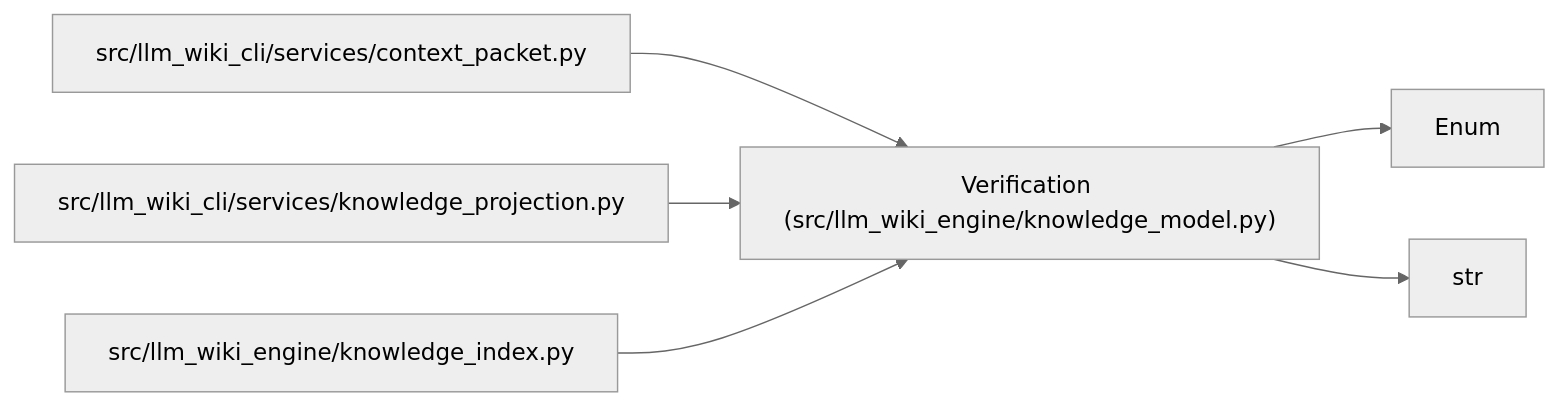
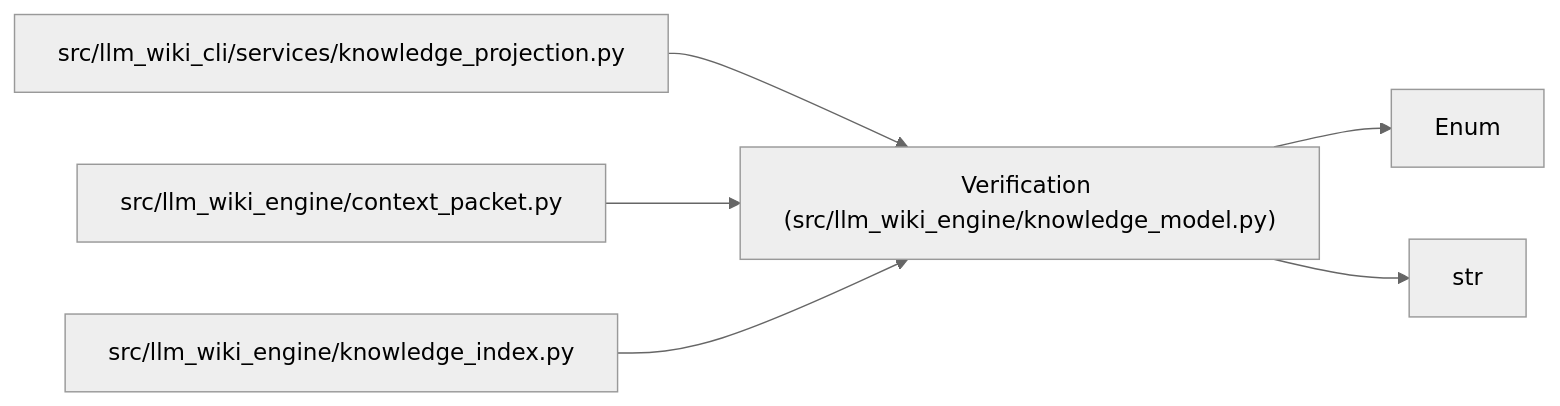
One commit to Denissvgn/python-wiki-llm changed the diagram in docs/llm_wiki/entities/Verification.md. Above: the diagram before and after it, drawn with Mermaid (neutral theme). The commit also changed 577 other files, not shown here.

Commit message:
docs: refresh the wiki for the engine context packet

````diff
--- a/docs/llm_wiki/entities/Verification.md
+++ b/docs/llm_wiki/entities/Verification.md
@@ -30,18 +30,18 @@
 ```mermaid
 flowchart LR
     n0["Verification (src/llm_wiki_engine/knowledge_model.py)"]
     n1["Enum"]
     n2["str"]
-    n3["src/llm_wiki_cli/services/context_packet.py"]
-    n4["src/llm_wiki_cli/services/knowledge_projection.py"]
+    n3["src/llm_wiki_cli/services/knowledge_projection.py"]
+    n4["src/llm_wiki_engine/context_packet.py"]
     n5["src/llm_wiki_engine/knowledge_index.py"]
     n0 --> n1
     n0 --> n2
     n3 --> n0
     n4 --> n0
     n5 --> n0
     click n0 "../modules/knowledge_model.md"
-    click n3 "../modules/context_packet.md"
-    click n4 "../modules/knowledge_projection.md"
+    click n3 "../modules/knowledge_projection.md"
+    click n4 "../modules/context_packet.md"
     click n5 "../modules/knowledge_index.md"
 ```
````
